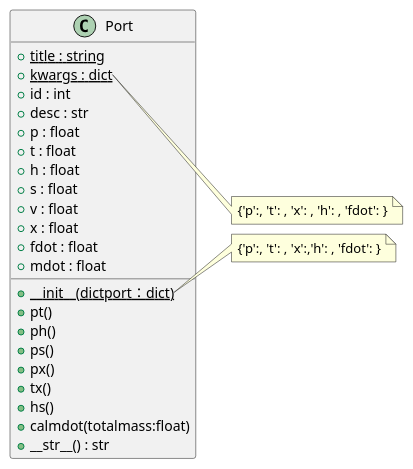
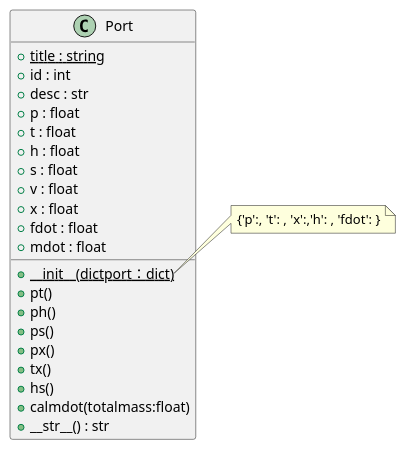
One commit to thermalogic/PyRankine changed the diagram in uml/Port.puml. Above: the diagram before and after it, drawn with PlantUML. The commit also changed 7 other files, not shown here.

```diff
--- a/uml/Port.puml
+++ b/uml/Port.puml
@@ -1,31 +1,27 @@
 @startuml
 class Port{
     + {static} title : string 
-    + {static} kwargs : dict 
     + id : int
     + desc : str
     + p : float  
     + t : float 
     + h : float 
     + s : float 
     + v : float 
     + x : float 
     + fdot : float 
     + mdot : float 
     + {static} __init__(dictport：dict)
     + pt()
     + ph()
     + ps()
     + px()
     + tx()
     + hs()
     + calmdot(totalmass:float)
     +__str__() : str
 }
-note right of Port::kwargs
-{'p':, 't': , 'x': , 'h': , 'fdot': }
-end note
 note right of Port::__init__(dictport：dict)
 {'p':, 't': , 'x':,'h': , 'fdot': }
 end note
 @enduml
```
